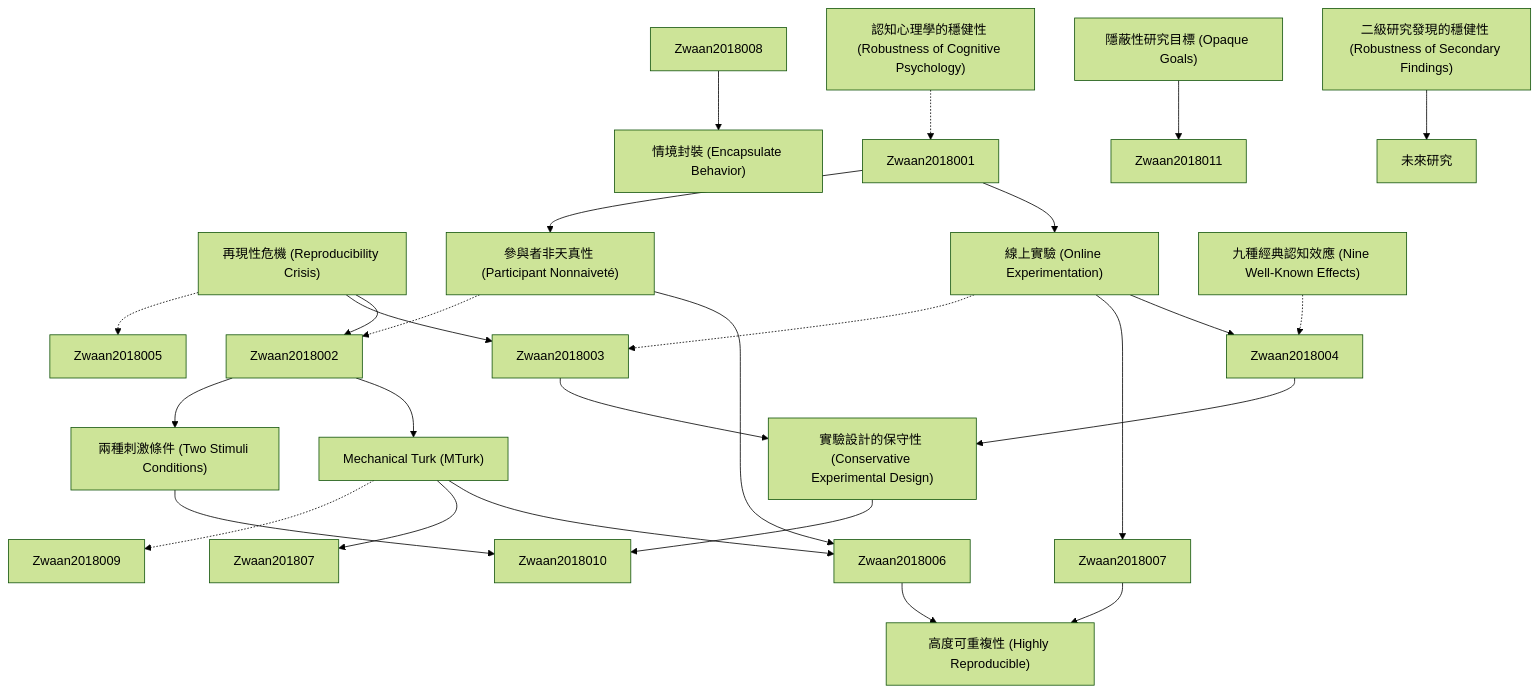
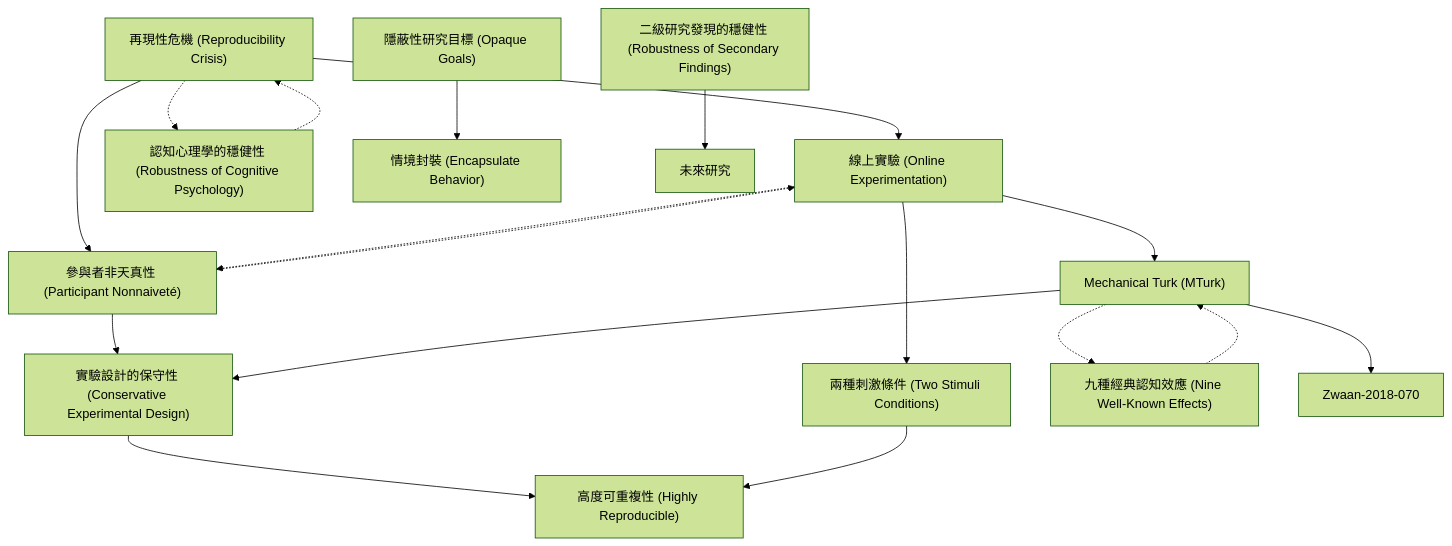
The diagram in output/zettelkasten_notes/zettel_Zwaan-2018_20251104/zettel_index.md (SCgeeker/Claude_Journal_Club_Agents), drawn with Mermaid (forest theme) before and after one commit. The commit also changed 776 other files, not shown here.

````diff
--- a/output/zettelkasten_notes/zettel_Zwaan-2018_20251104/zettel_index.md
+++ b/output/zettelkasten_notes/zettel_Zwaan-2018_20251104/zettel_index.md
@@ -92,80 +92,66 @@
 ```mermaid
 graph TD
 
     Zwaan-2018-001["再現性危機 (Reproducibility Crisis)"]
 
     Zwaan-2018-002["線上實驗 (Online Experimentation)"]
 
     Zwaan-2018-003["參與者非天真性 (Participant Nonnaiveté)"]
 
     Zwaan-2018-004["Mechanical Turk (MTurk)"]
 
     Zwaan-2018-005["認知心理學的穩健性 (Robustness of Cognitive Psychology)"]
 
     Zwaan-2018-006["實驗設計的保守性 (Conservative Experimental Design)"]
 
     Zwaan-2018-007["兩種刺激條件 (Two Stimuli Conditions)"]
 
     Zwaan-2018-008["隱蔽性研究目標 (Opaque Goals)"]
 
     Zwaan-2018-009["九種經典認知效應 (Nine Well-Known Effects)"]
 
     Zwaan-2018-010["高度可重複性 (Highly Reproducible)"]
 
     Zwaan-2018-011["情境封裝 (Encapsulate Behavior)"]
 
     Zwaan-2018-012["二級研究發現的穩健性 (Robustness of Secondary Findings)"]
 
-    Zwaan-2018-001 --> Zwaan2018002
+    Zwaan-2018-001 --> Zwaan-2018-002
 
-    Zwaan-2018-001 --> Zwaan2018003
+    Zwaan-2018-001 --> Zwaan-2018-003
 
-    Zwaan-2018-001 -.-> Zwaan2018005
+    Zwaan-2018-001 -.-> Zwaan-2018-005
 
-    Zwaan2018001 --> Zwaan-2018-002
 
-    Zwaan-2018-002 --> Zwaan2018004
+    Zwaan-2018-002 --> Zwaan-2018-004
 
-    Zwaan-2018-002 --> Zwaan2018007
+    Zwaan-2018-002 --> Zwaan-2018-007
 
-    Zwaan-2018-002 -.-> Zwaan2018003
+    Zwaan-2018-002 -.-> Zwaan-2018-003
 
-    Zwaan2018001 --> Zwaan-2018-003
 
-    Zwaan-2018-003 --> Zwaan2018006
+    Zwaan-2018-003 --> Zwaan-2018-006
 
-    Zwaan-2018-003 -.-> Zwaan2018002
+    Zwaan-2018-003 -.-> Zwaan-2018-002
 
-    Zwaan2018002 --> Zwaan-2018-004
 
-    Zwaan-2018-004 --> Zwaan2018006
+    Zwaan-2018-004 --> Zwaan-2018-006
 
-    Zwaan-2018-004 --> Zwaan201807
+    Zwaan-2018-004 --> Zwaan-2018-070
 
-    Zwaan-2018-004 -.-> Zwaan2018009
+    Zwaan-2018-004 -.-> Zwaan-2018-009
 
-    Zwaan-2018-005 -.-> Zwaan2018001
+    Zwaan-2018-005 -.-> Zwaan-2018-001
 
-    Zwaan2018003 --> Zwaan-2018-006
+    Zwaan-2018-006 --> Zwaan-2018-010
 
-    Zwaan2018004 --> Zwaan-2018-006
 
-    Zwaan-2018-006 --> Zwaan2018010
+    Zwaan-2018-007 --> Zwaan-2018-010
 
-    Zwaan2018002 --> Zwaan-2018-007
+    Zwaan-2018-008 --> Zwaan-2018-011
 
-    Zwaan-2018-007 --> Zwaan2018010
-
-    Zwaan-2018-008 --> Zwaan2018011
-
-    Zwaan-2018-009 -.-> Zwaan2018004
-
-    Zwaan2018006 --> Zwaan-2018-010
-
-    Zwaan2018007 --> Zwaan-2018-010
-
-    Zwaan2018008 --> Zwaan-2018-011
+    Zwaan-2018-009 -.-> Zwaan-2018-004
 
     Zwaan-2018-012 --> 未來研究
 
 ```
````
